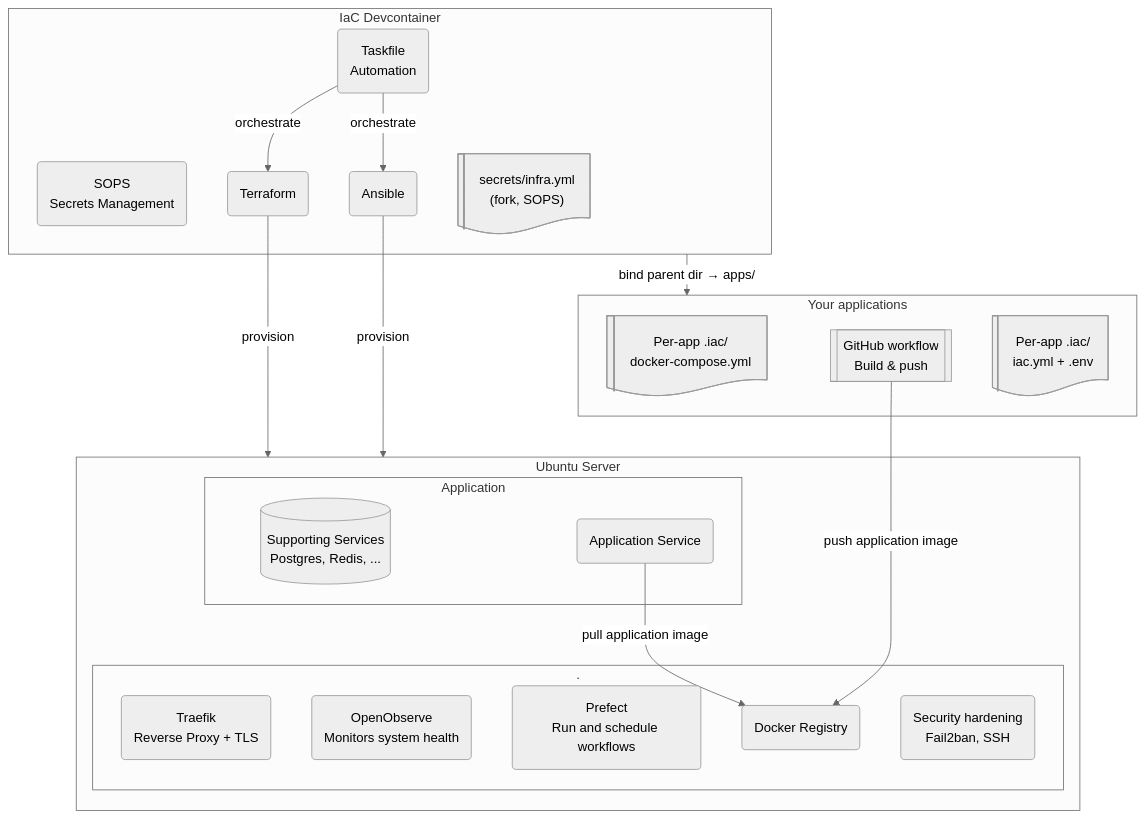
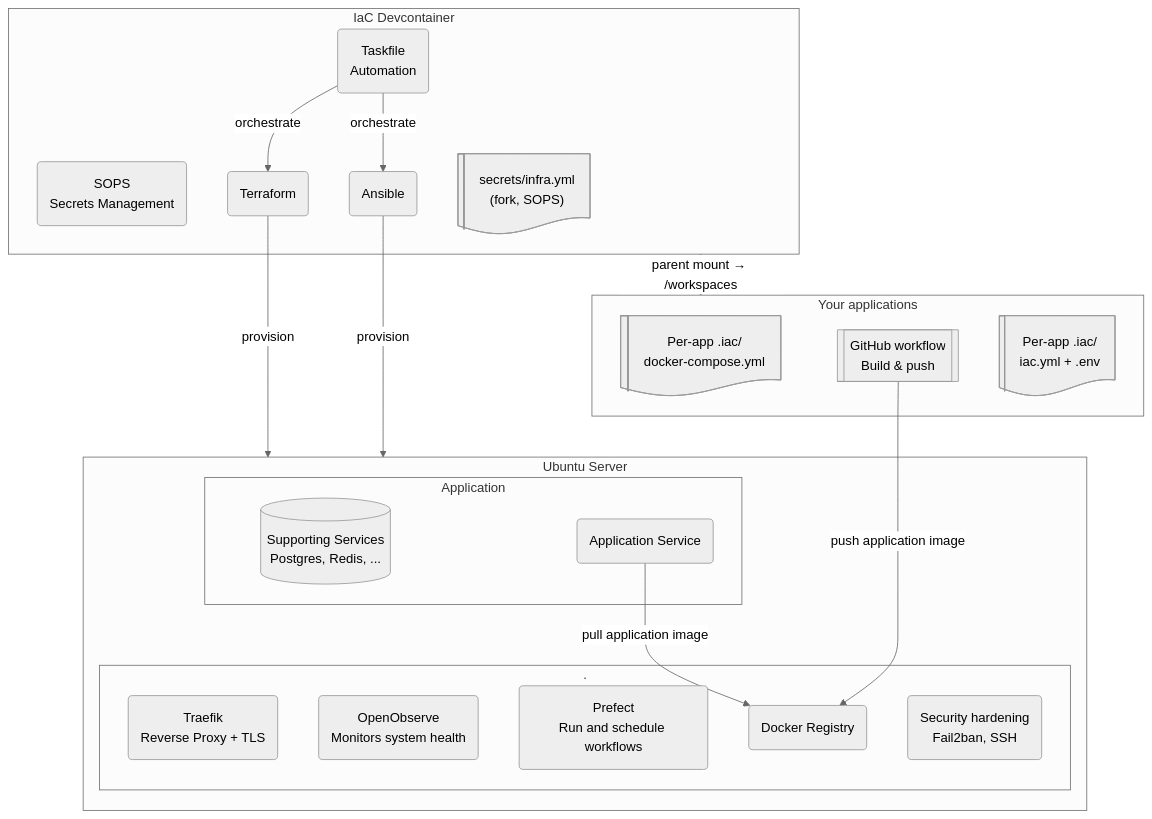
The diagram in docs/README.md (rednaw/iac), drawn with Mermaid (neutral theme) before and after one commit. The commit also changed 22 other files, not shown here.

````diff
--- a/docs/README.md
+++ b/docs/README.md
@@ -12,41 +12,41 @@
 ```mermaid
 graph TB
     subgraph IAC[IaC Devcontainer]
         TASK(Taskfile<br/>Automation)
         SOPS(SOPS<br/>Secrets Management)
         TF(Terraform)
         ANS(Ansible)
         INFRA_SEC@{ shape: lin-doc, label: "secrets/infra.yml<br/>(fork, SOPS)" }
     end
 
     subgraph SERVER[Ubuntu Server]
       subgraph DMZ[.]
         TRAEFIK(Traefik<br/>Reverse Proxy + TLS)
         OBSERVE(OpenObserve<br/>Monitors system health)
         WORKFLOWS(Prefect<br/>Run and schedule workflows)
         REGISTRY(Docker Registry)
         SEC(Security hardening<br/>Fail2ban, SSH)
       end
       subgraph DOCKER[Application]
         SUPPORTING_SERVICES@{ shape: cyl, label: "Supporting Services<br/>Postgres, Redis, ..." }
         APP_SERVICE(Application Service)
       end
     end
 
     subgraph APP[Your applications]
       COMPOSE@{ shape: lin-doc, label: "Per-app .iac/<br/>docker-compose.yml" }
       PUSH@{ shape: subproc, label: "GitHub workflow<br/>Build & push" }
       IAC_YML@{ shape: lin-doc, label: "Per-app .iac/<br/>iac.yml + .env" }
     end
 
-    IAC --->|bind parent dir → apps/| APP
+    IAC --->|parent mount → /workspaces| APP
 
     TASK -->|orchestrate| TF
     TASK -->|orchestrate| ANS
         
     TF -->|provision| SERVER    
     ANS -->|provision| SERVER
 
     APP_SERVICE -->|pull application image| REGISTRY
     PUSH --->|push application image| REGISTRY 
 ```
````
